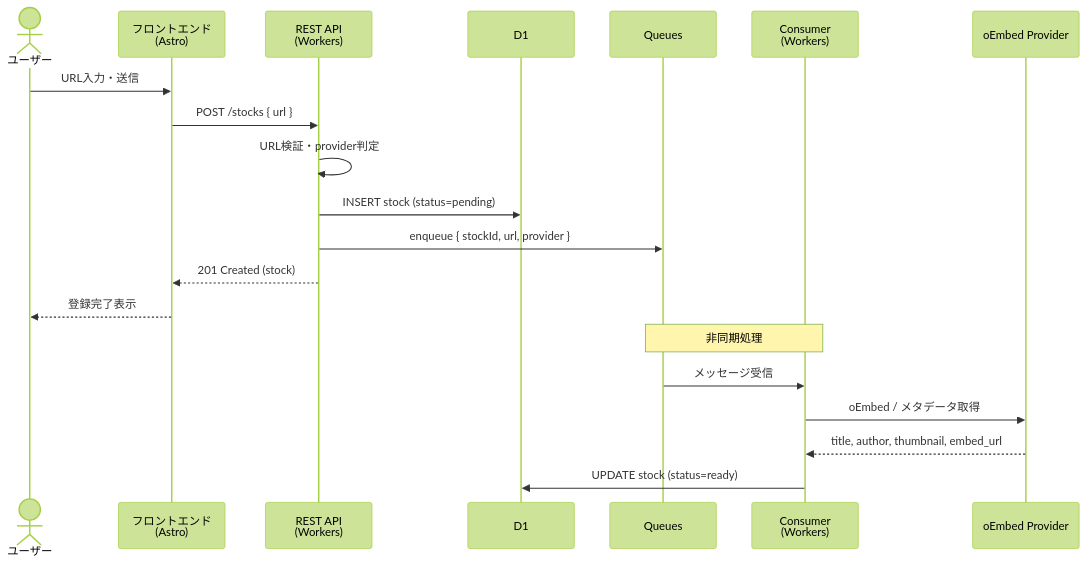
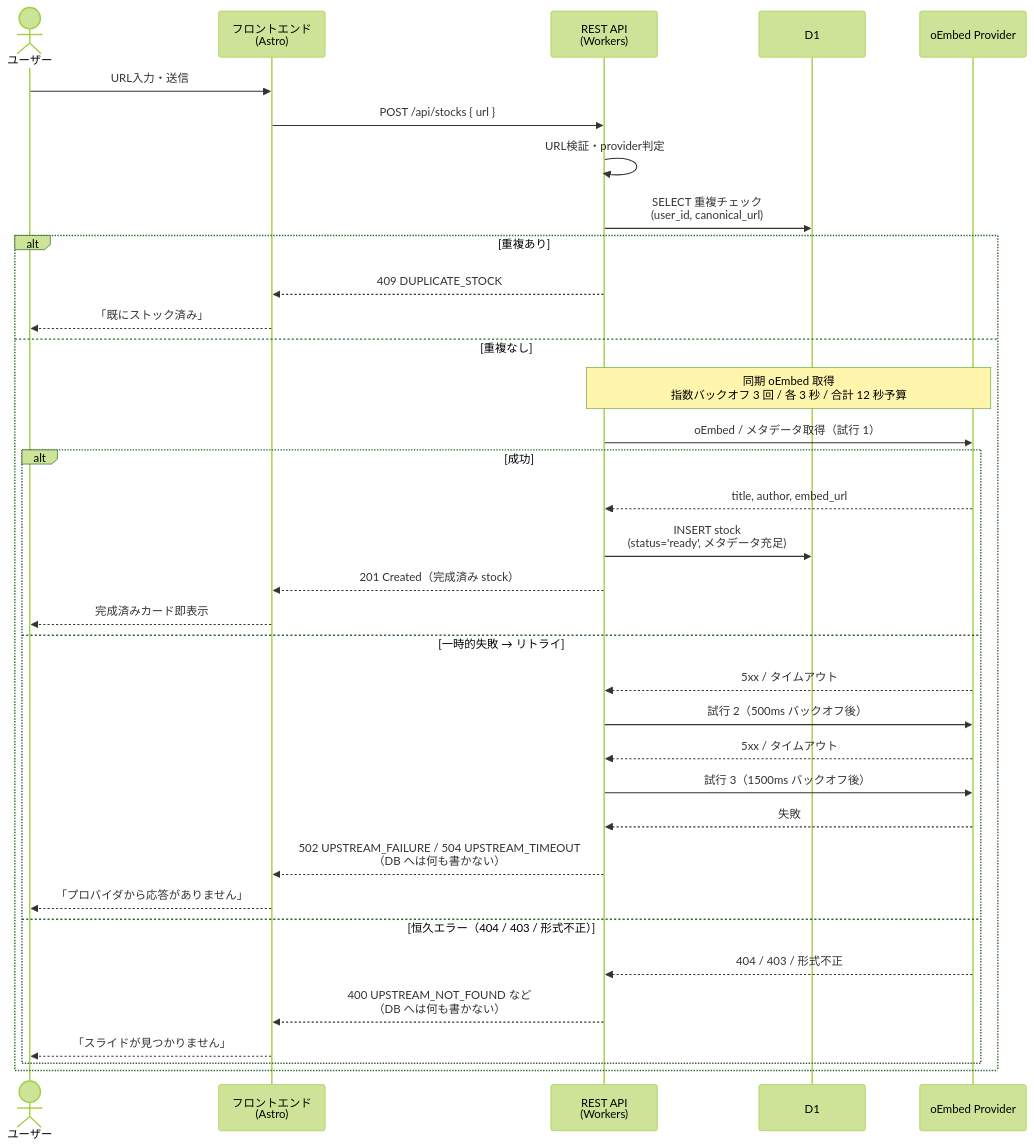
The second of 4 diagrams in docs/architecture.md (gorou-178/slide-stock), drawn with Mermaid (forest theme) before and after one commit. The commit also changed other lines of this file, not shown here.

Commit message:
docs(architecture): align architecture.md with sync model (T-A followup)
Update system diagram, sequence diagram, and async-processing
section in docs/architecture.md to match the sync model finalized
in v0.0.3.0. The previous queue-based diagrams contradicted the
already-rewritten oembed-spec.md / stock-api-spec.md / database.md.

System diagram: drop Queue Consumer node and Queues storage; replace
API->Q->Consumer->Provider edges with direct API->Provider sync
fetches. Add note clarifying that MVP does not use Queues.

Sequence diagram: replace 'INSERT pending -> enqueue -> async UPDATE'
flow with 'duplicate check -> sync oEmbed fetch with retry budget ->
INSERT ready on success / no INSERT on failure'. Show all three
outcomes (success, retry exhaustion -> 502/504, permanent error
-> 400) with their user-visible messages.

Tech stack: rename '非同期処理' section to 'oEmbed メタデータ取得（同期）'
with retry budget and DB rollback semantics. Cost section: mark
Cloudflare Queues as 'MVP does not use'.

````diff
--- a/docs/architecture.md
+++ b/docs/architecture.md
@@ -51,24 +48,38 @@
 ```mermaid
 sequenceDiagram
     actor User as ユーザー
     participant FE as フロントエンド<br/>(Astro)
     participant API as REST API<br/>(Workers)
     participant D1 as D1
-    participant Q as Queues
-    participant C as Consumer<br/>(Workers)
     participant P as oEmbed Provider
 
     User->>FE: URL入力・送信
-    FE->>API: POST /stocks { url }
+    FE->>API: POST /api/stocks { url }
     API->>API: URL検証・provider判定
-    API->>D1: INSERT stock (status=pending)
-    API->>Q: enqueue { stockId, url, provider }
-    API-->>FE: 201 Created (stock)
-    FE-->>User: 登録完了表示
-
-    Note over Q,C: 非同期処理
-    Q->>C: メッセージ受信
-    C->>P: oEmbed / メタデータ取得
-    P-->>C: title, author, thumbnail, embed_url
-    C->>D1: UPDATE stock (status=ready)
+    API->>D1: SELECT 重複チェック<br/>(user_id, canonical_url)
+    alt 重複あり
+        API-->>FE: 409 DUPLICATE_STOCK
+        FE-->>User: 「既にストック済み」
+    else 重複なし
+        Note over API,P: 同期 oEmbed 取得<br/>指数バックオフ 3 回 / 各 3 秒 / 合計 12 秒予算
+        API->>P: oEmbed / メタデータ取得（試行 1）
+        alt 成功
+            P-->>API: title, author, embed_url
+            API->>D1: INSERT stock<br/>(status='ready', メタデータ充足)
+            API-->>FE: 201 Created（完成済み stock）
+            FE-->>User: 完成済みカード即表示
+        else 一時的失敗 → リトライ
+            P-->>API: 5xx / タイムアウト
+            API->>P: 試行 2（500ms バックオフ後）
+            P-->>API: 5xx / タイムアウト
+            API->>P: 試行 3（1500ms バックオフ後）
+            P-->>API: 失敗
+            API-->>FE: 502 UPSTREAM_FAILURE / 504 UPSTREAM_TIMEOUT<br/>（DB へは何も書かない）
+            FE-->>User: 「プロバイダから応答がありません」
+        else 恒久エラー（404 / 403 / 形式不正）
+            P-->>API: 404 / 403 / 形式不正
+            API-->>FE: 400 UPSTREAM_NOT_FOUND など<br/>（DB へは何も書かない）
+            FE-->>User: 「スライドが見つかりません」
+        end
+    end
 ```
````
